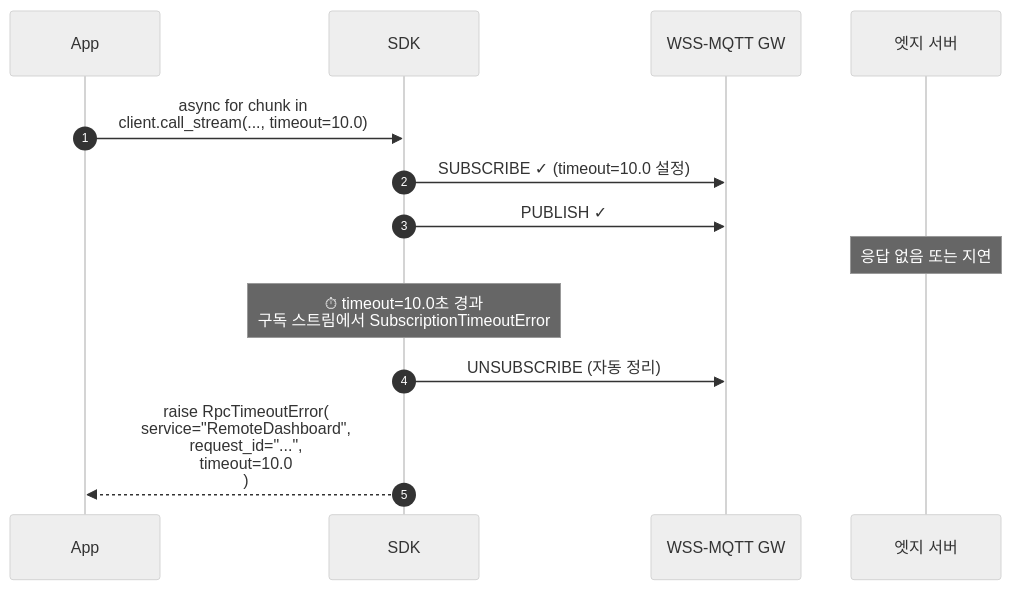
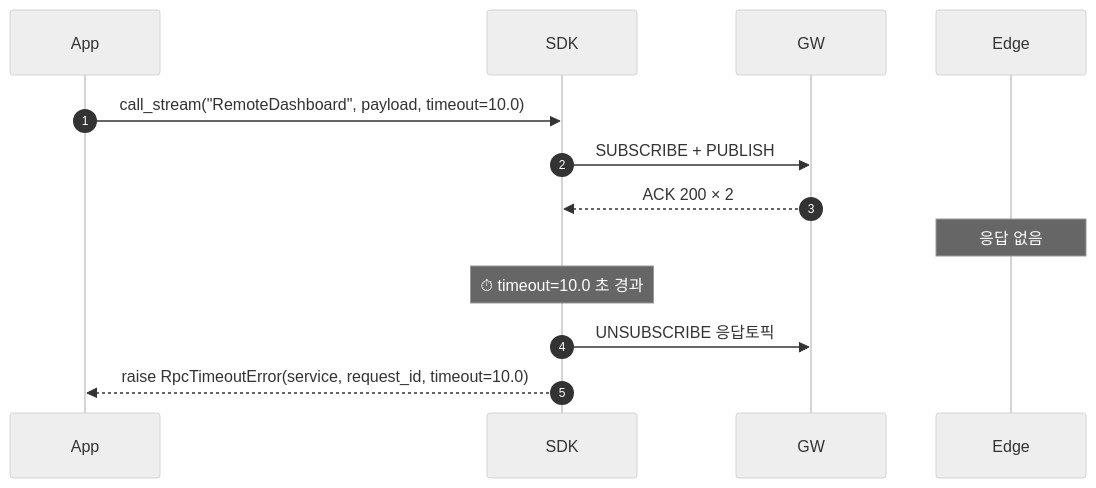
The eighth of 11 diagrams in docs/RPC_SEQUENCE_DIAGRAMS.md (DongEunKim/MQTT-WSS-API), drawn with Mermaid (neutral theme) before and after one commit. The commit also changed other lines of this file, not shown here.

First line of the commit message:
docs: RPC 시퀀스 다이어그램 가독성 개선 (화살표 레이블 축약, 사양 분리)

````diff
--- a/docs/RPC_SEQUENCE_DIAGRAMS.md
+++ b/docs/RPC_SEQUENCE_DIAGRAMS.md
@@ -366,20 +324,19 @@
 ```mermaid
 sequenceDiagram
     autonumber
     participant App
     participant SDK
-    participant GW as WSS-MQTT GW
-    participant Edge as 엣지 서버
+    participant GW
+    participant Edge
 
-    App->>SDK: async for chunk in<br/>client.call_stream(..., timeout=10.0)
+    App->>SDK: call_stream("RemoteDashboard", payload, timeout=10.0)
+    SDK->>GW: SUBSCRIBE + PUBLISH
+    GW-->>SDK: ACK 200 × 2
 
-    SDK->>GW: SUBSCRIBE ✓ (timeout=10.0 설정)
-    SDK->>GW: PUBLISH ✓
+    Note over Edge: 응답 없음
 
-    Note over Edge: 응답 없음 또는 지연
+    Note over SDK: ⏱ timeout=10.0 초 경과
 
-    Note over SDK: ⏱ timeout=10.0초 경과<br/>구독 스트림에서 SubscriptionTimeoutError
-
-    SDK->>GW: UNSUBSCRIBE (자동 정리)
-    SDK-->>App: raise RpcTimeoutError(<br/>  service="RemoteDashboard",<br/>  request_id="...",<br/>  timeout=10.0<br/>)
+    SDK->>GW: UNSUBSCRIBE 응답토픽
+    SDK-->>App: raise RpcTimeoutError(service, request_id, timeout=10.0)
 ```
````
